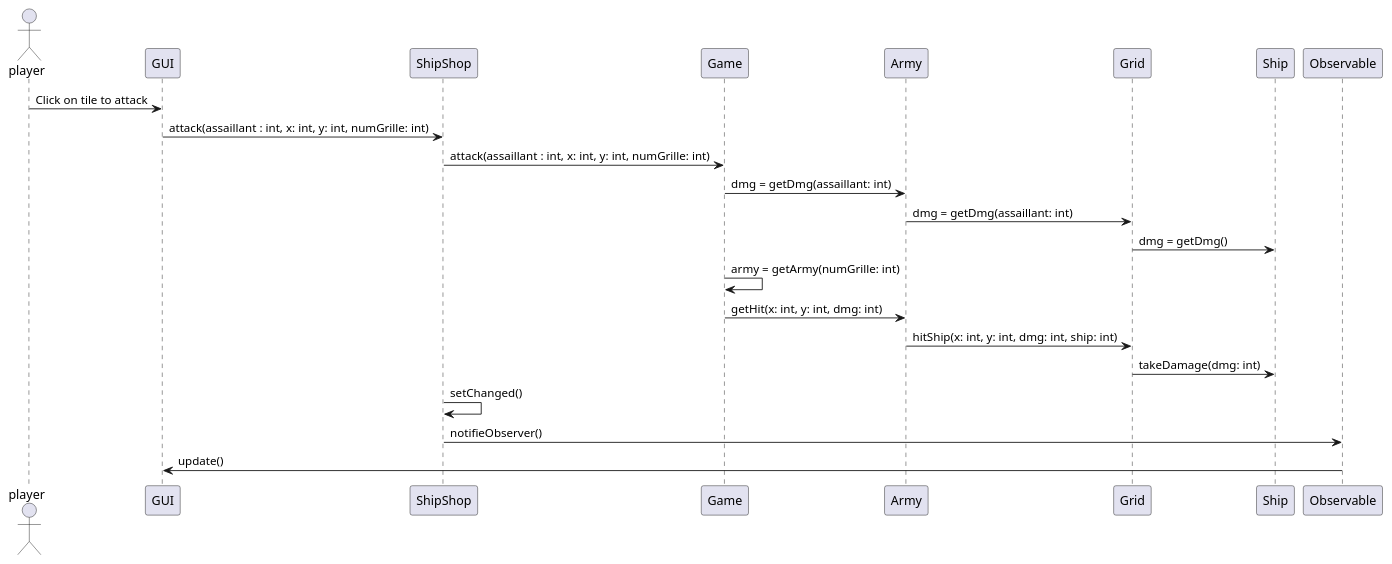
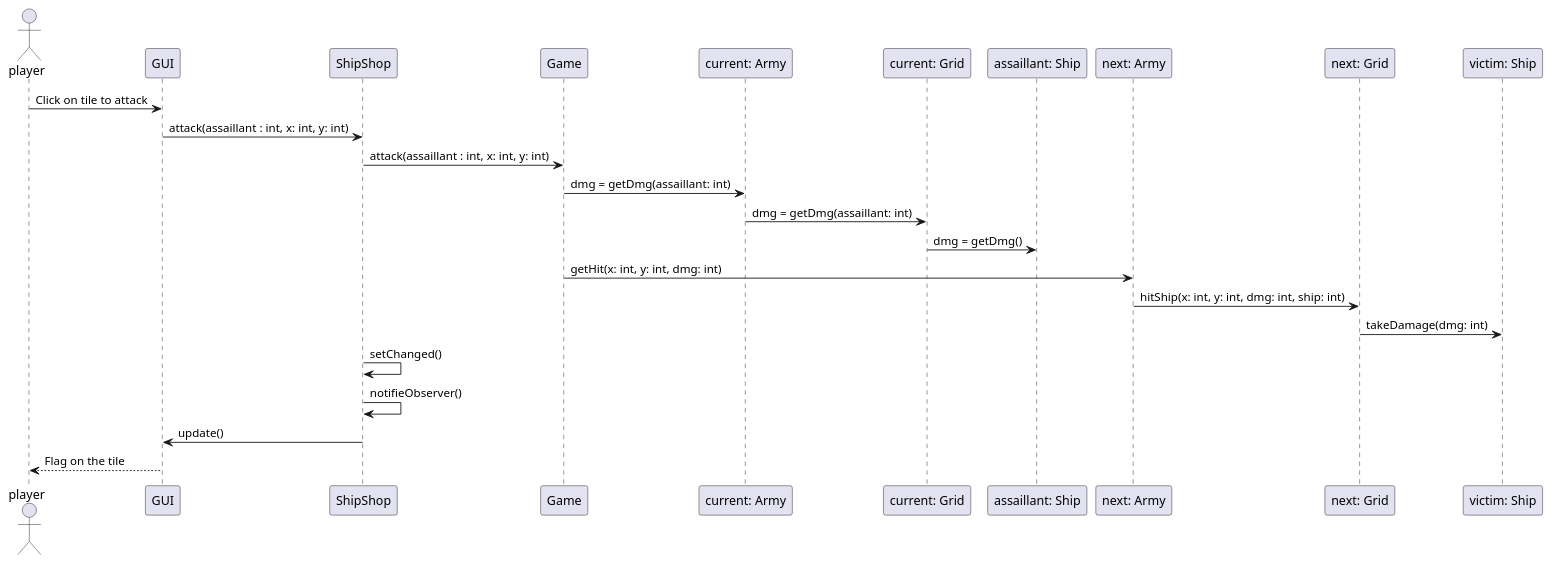
Before and after one commit to Reynault/ShipShop: the diagram in doc/conception/pmul/sequence/attack.puml, drawn with PlantUML. The commit also changed 6 other files, not shown here.

Commit message:
Update diagrams

```diff
--- a/doc/conception/pmul/sequence/attack.puml
+++ b/doc/conception/pmul/sequence/attack.puml
@@ -1,22 +1,24 @@
 @startuml
 actor player
 player -> GUI: Click on tile to attack
-GUI ->  ShipShop: attack(assaillant : int, x: int, y: int, numGrille: int)
-ShipShop -> Game: attack(assaillant : int, x: int, y: int, numGrille: int)
-Game -> Army: dmg = getDmg(assaillant: int)
+GUI ->  ShipShop: attack(assaillant : int, x: int, y: int)
+ShipShop -> Game: attack(assaillant : int, x: int, y: int)
 
-Army -> Grid : dmg = getDmg(assaillant: int)
+Game -> "current: Army": dmg = getDmg(assaillant: int)
 
-Grid -> Ship : dmg = getDmg()
+"current: Army" -> "current: Grid" : dmg = getDmg(assaillant: int)
 
-Game -> Game: army = getArmy(numGrille: int)
+"current: Grid" -> "assaillant: Ship" : dmg = getDmg()
 
-Game -> Army: getHit(x: int, y: int, dmg: int)
-Army -> Grid: hitShip(x: int, y: int, dmg: int, ship: int)
-Grid -> Ship: takeDamage(dmg: int)
+
+Game -> "next: Army": getHit(x: int, y: int, dmg: int)
+"next: Army" -> "next: Grid": hitShip(x: int, y: int, dmg: int, ship: int)
+"next: Grid" -> "victim: Ship": takeDamage(dmg: int)
 
 ShipShop -> ShipShop: setChanged()
-ShipShop -> Observable: notifieObserver()
-Observable -> GUI: update()
+ShipShop -> ShipShop: notifieObserver()
+ShipShop -> GUI: update()
+
+GUI --> player: Flag on the tile
 
 @enduml
```
